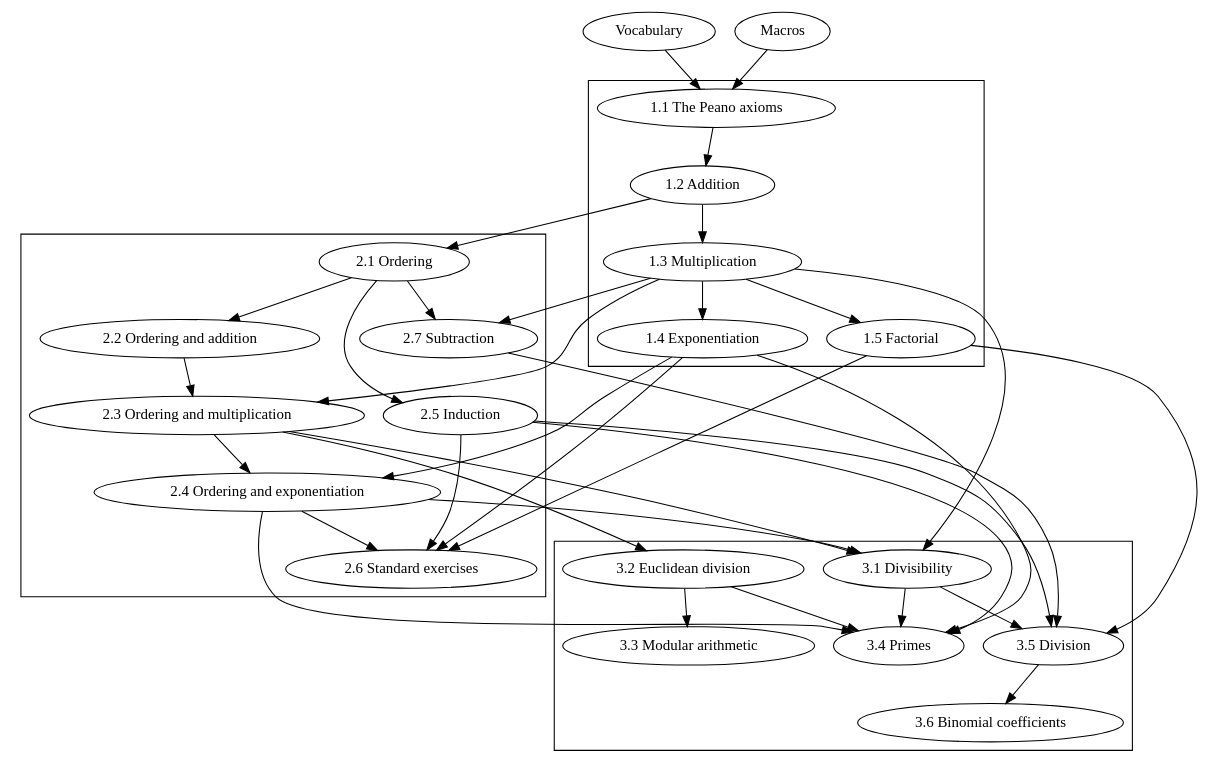
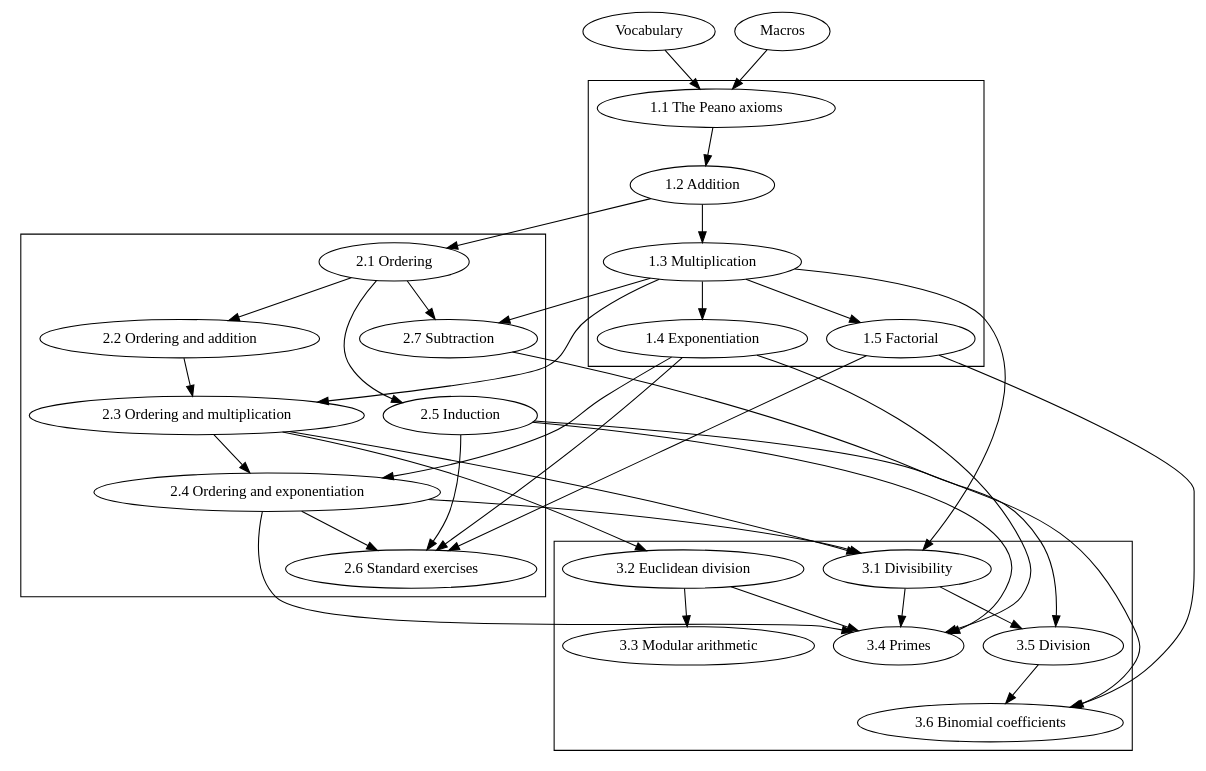
The diagram in examples/arithmetic/dependency-graph/graph.dot (naproche/naproche), drawn with Graphviz before and after one commit. The commit also changed 3 other files, not shown here.

```diff
--- a/examples/arithmetic/dependency-graph/graph.dot
+++ b/examples/arithmetic/dependency-graph/graph.dot
@@ -1,52 +1,52 @@
 digraph Sections {
   vocab [label = "Vocabulary"]
   macros [label = "Macros"]
 
   subgraph cluster_1 {
     arith_01 [label = "1.1 The Peano axioms"]
     arith_02 [label = "1.2 Addition"]
     arith_03 [label = "1.3 Multiplication"]
     arith_04 [label = "1.4 Exponentiation"]
     arith_05 [label = "1.5 Factorial"]
   }
 
   subgraph cluster_2 {
     ord_01 [label = "2.1 Ordering"]
     ord_02 [label = "2.2 Ordering and addition"]
     ord_03 [label = "2.3 Ordering and multiplication"]
     ord_04 [label = "2.4 Ordering and exponentiation"]
     ord_05 [label = "2.5 Induction"]
     ord_06 [label = "2.6 Standard exercises"]
     ord_07 [label = "2.7 Subtraction"]
   }
 
   subgraph cluster_3 {
     div_01 [label = "3.1 Divisibility"]
     div_02 [label = "3.2 Euclidean division"]
     div_03 [label = "3.3 Modular arithmetic"]
     div_04 [label = "3.4 Primes"]
     div_05 [label = "3.5 Division"]
     div_06 [label = "3.6 Binomial coefficients"]
   }
 
   /* 1.1 */ vocab, macros                             -> arith_01
   /* 1.2 */ arith_01                                  -> arith_02
   /* 1.3 */ arith_02                                  -> arith_03
   /* 1.4 */ arith_03                                  -> arith_04
   /* 1.5 */ arith_03                                  -> arith_05
 
   /* 2.1 */ arith_02                                  -> ord_01
   /* 2.2 */ ord_01                                    -> ord_02
   /* 2.3 */ arith_03, ord_02                          -> ord_03
   /* 2.4 */ arith_04, ord_03                          -> ord_04
   /* 2.5 */ ord_01                                    -> ord_05
   /* 2.6 */ arith_04, arith_05, ord_04, ord_05        -> ord_06
   /* 2.7 */ arith_03, ord_01                          -> ord_07
 
   /* 3.1 */ arith_03, ord_03, ord_04                  -> div_01
   /* 3.2 */ ord_03                                    -> div_02
   /* 3.3 */ div_02                                    -> div_03
   /* 3.4 */ arith_04, ord_04, ord_05, div_01, div_02  -> div_04
-  /* 3.5 */ arith_05, ord_05, ord_07, div_01          -> div_05
-  /* 3.6 */ div_05                                    -> div_06
+  /* 3.5 */ ord_07, div_01                            -> div_05
+  /* 3.6 */ arith_05, ord_05, div_05                  -> div_06
 }
```
